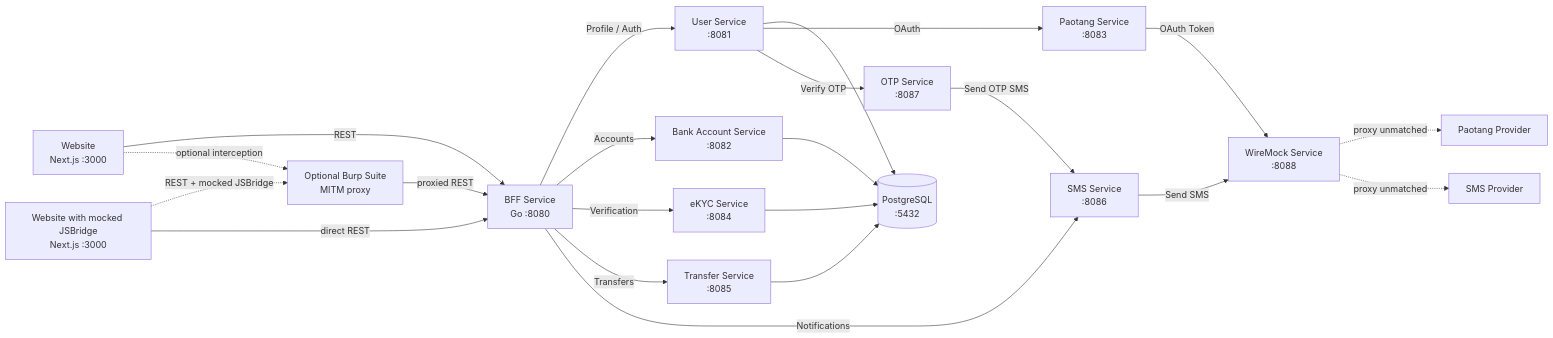
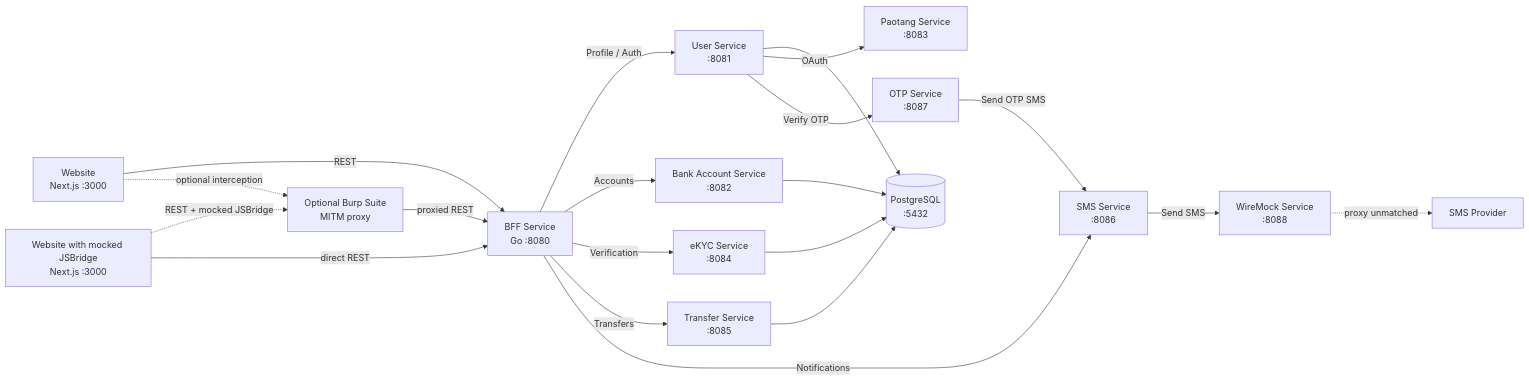
Before and after one commit to SiwakornSitti/ultra-smoooooth-testing: the first of 3 diagrams in SYSTEM-ARCHITECTURE.md, drawn with Mermaid. The commit also changed other lines of this file, not shown here.

Commit message:
docs: remove separate PaotangProvider node from topology diagrams since Paotang Service is the provider

````diff
--- a/SYSTEM-ARCHITECTURE.md
+++ b/SYSTEM-ARCHITECTURE.md
@@ -14,46 +14,43 @@
 ```mermaid
 flowchart LR
     Browser[Website\nNext.js :3000]
     BridgeWebsite[Website with mocked JSBridge\nNext.js :3000]
     Burp[Optional Burp Suite\nMITM proxy]
     BFF[BFF Service\nGo :8080]
 
     User[User Service\n:8081]
     Account[Bank Account Service\n:8082]
     EKYC[eKYC Service\n:8084]
     Transfer[Transfer Service\n:8085]
     SMS[SMS Service\n:8086]
     OTP[OTP Service\n:8087]
     PaotangSvc[Paotang Service\n:8083]
 
     DB[(PostgreSQL\n:5432)]
     WireMock[WireMock Service\n:8088]
-    PaotangProvider[Paotang Provider]
     SMSProvider[SMS Provider]
 
     Browser -->|REST| BFF
     BridgeWebsite -.->|REST + mocked JSBridge| Burp
     BridgeWebsite -->|direct REST| BFF
     Burp -->|proxied REST| BFF
     Browser -.->|optional interception| Burp
 
     BFF -->|Profile / Auth| User
     BFF -->|Accounts| Account
     BFF -->|Verification| EKYC
     BFF -->|Transfers| Transfer
     BFF -->|Notifications| SMS
 
     User --> DB
     Account --> DB
     EKYC --> DB
     Transfer --> DB
 
     User -->|OAuth| PaotangSvc
     User -->|Verify OTP| OTP
     OTP -->|Send OTP SMS| SMS
 
-    PaotangSvc -->|OAuth Token| WireMock
     SMS -->|Send SMS| WireMock
-    WireMock -.->|proxy unmatched| PaotangProvider
     WireMock -.->|proxy unmatched| SMSProvider
 ```
````
